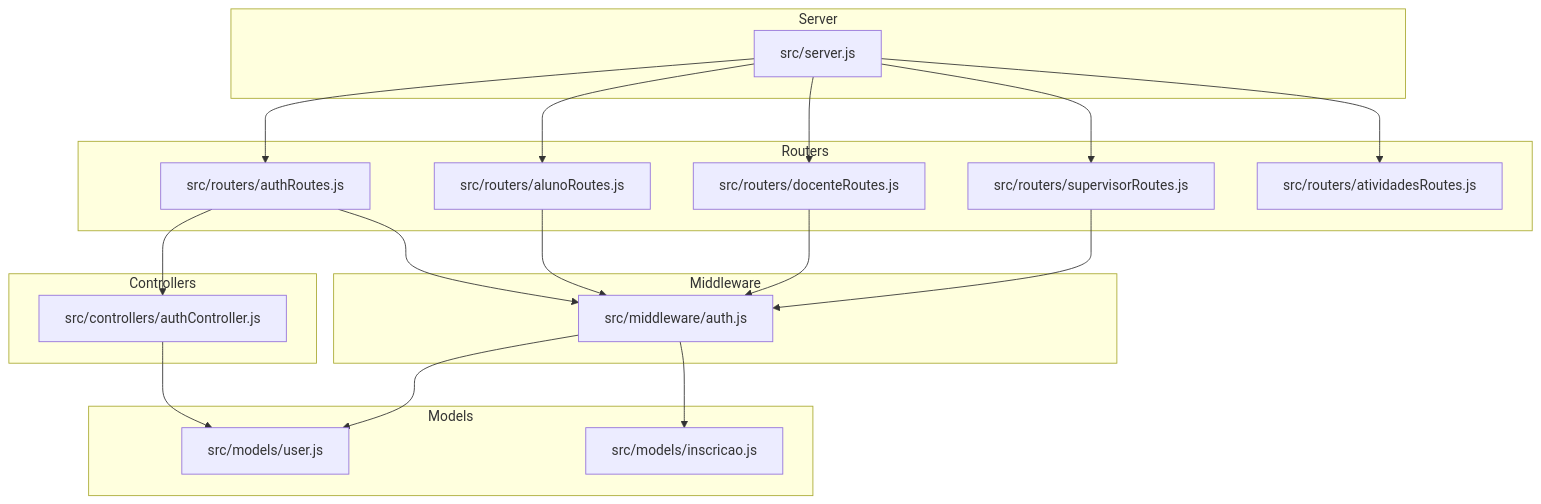
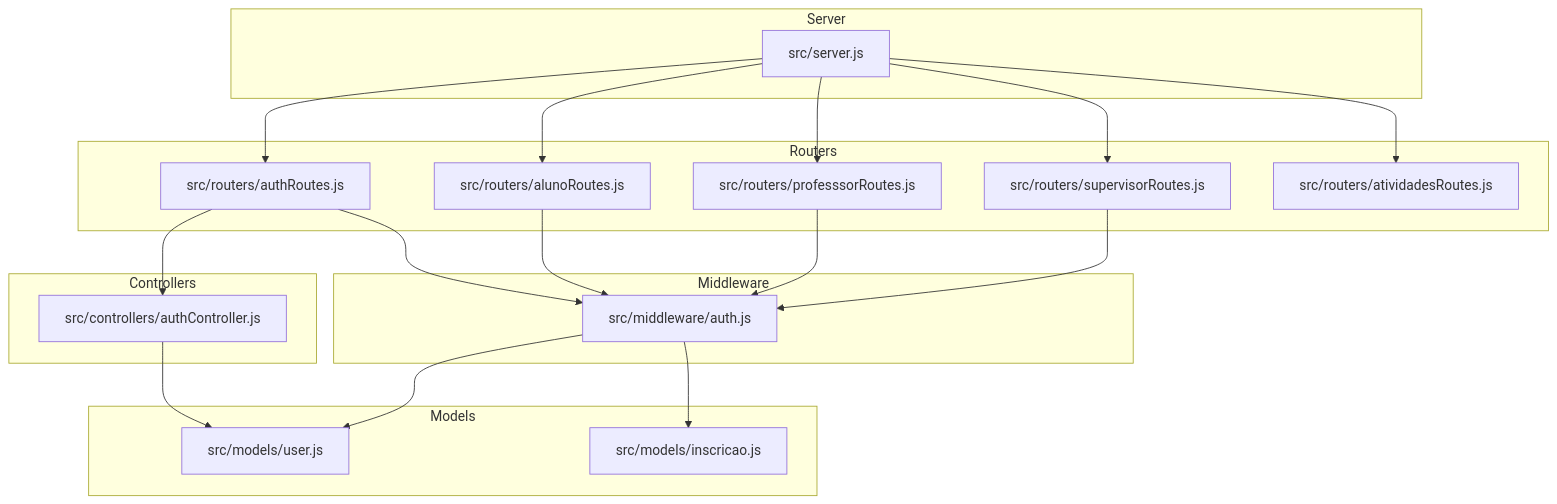
Before and after one commit to luiseduacosta/nodemural: the first of 4 diagrams in .qoder/repowiki/en/content/Authentication & Authorization System/Role-Based Access Control (RBAC).md, drawn with Mermaid. The commit also changed other lines of this file and 25 other files, not shown here.

````diff
--- a/.qoder/repowiki/en/content/Authentication & Authorization System/Role-Based Access Control (RBAC).md
+++ b/.qoder/repowiki/en/content/Authentication & Authorization System/Role-Based Access Control (RBAC).md
@@ -37,36 +37,36 @@
 ```mermaid
 graph TB
 subgraph "Server"
 S["src/server.js"]
 end
 subgraph "Routers"
 RA["src/routers/authRoutes.js"]
 RL["src/routers/alunoRoutes.js"]
-RD["src/routers/docenteRoutes.js"]
+RD["src/routers/professsorRoutes.js"]
 RS["src/routers/supervisorRoutes.js"]
 RT["src/routers/atividadesRoutes.js"]
 end
 subgraph "Middleware"
 M["src/middleware/auth.js"]
 end
 subgraph "Controllers"
 CA["src/controllers/authController.js"]
 end
 subgraph "Models"
 MU["src/models/user.js"]
 MI["src/models/inscricao.js"]
 end
 S --> RA
 S --> RL
 S --> RD
 S --> RS
 S --> RT
 RA --> CA
 RL --> M
 RD --> M
 RS --> M
 RA --> M
 CA --> MU
 M --> MU
 M --> MI
 ```
````
